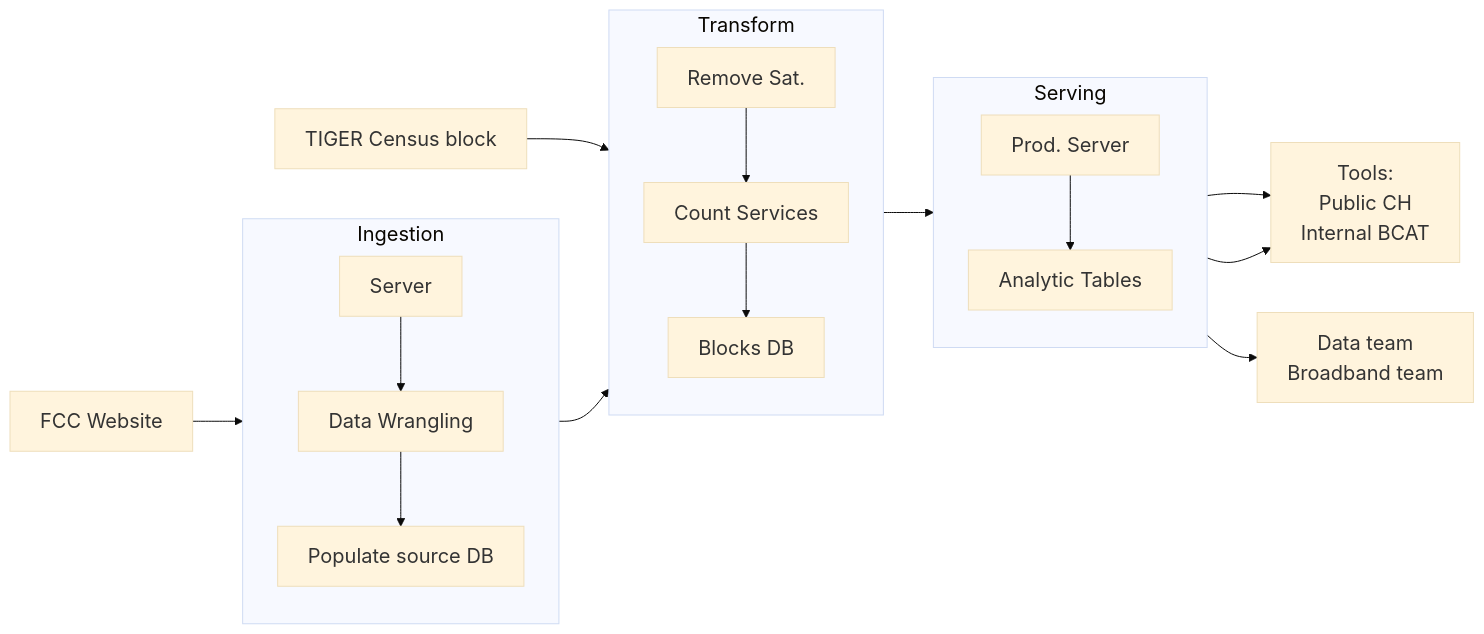
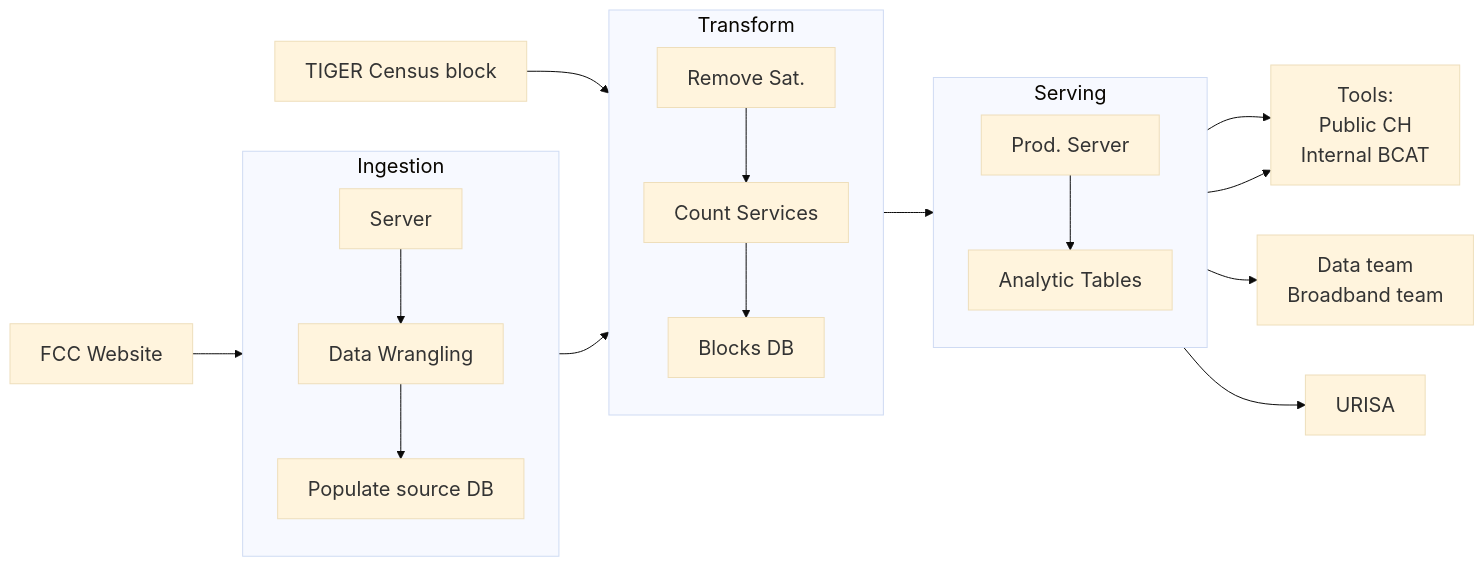
Before and after one commit to ruralinnovation/conf_URISA_2023: the diagram in URISA_2023.qmd, drawn with Mermaid. The commit also changed other lines of this file and 9 other files, not shown here.

Commit message:
more incomplete graph

````diff
--- a/URISA_2023.qmd
+++ b/URISA_2023.qmd
@@ -175,25 +182,28 @@
 ```{mermaid}
 %%{init: {'theme': 'base', 'themeVariables': { 'fontSize': '20px', 'fontFamily': 'Bitter'}}}%%
 flowchart LR
     A1[FCC Website] --> B1[Server]
     A2[TIGER Census block] --> C2
     subgraph Ingestion
     direction TB
     B1--> B2[Data Wrangling]
     B2--> B3[Populate source DB]
     end
     subgraph Transform
     direction TB
     C1[Remove Sat.]--> C2[Count Services]
     C2 --> C3[Blocks DB]
     end
     subgraph Serving
     direction TB
     D1[Prod. Server] --> D2[Analytic Tables]
     end
     Ingestion --> Transform
     C3 --> D1
     D1--> E1[Tools: <Br> Public CH <BR> Internal BCAT]
     D2--> E1
     D2 --> E4[Data team <BR> Broadband team]
+    D2 --> E5[URISA]
+    click E1 "https://broadband-risk.ruralinnovation.us/" _parent
+    click E5 "http://localhost:5317/#/workflow-from-fcc-to-our-products" _parent
 ```
````
